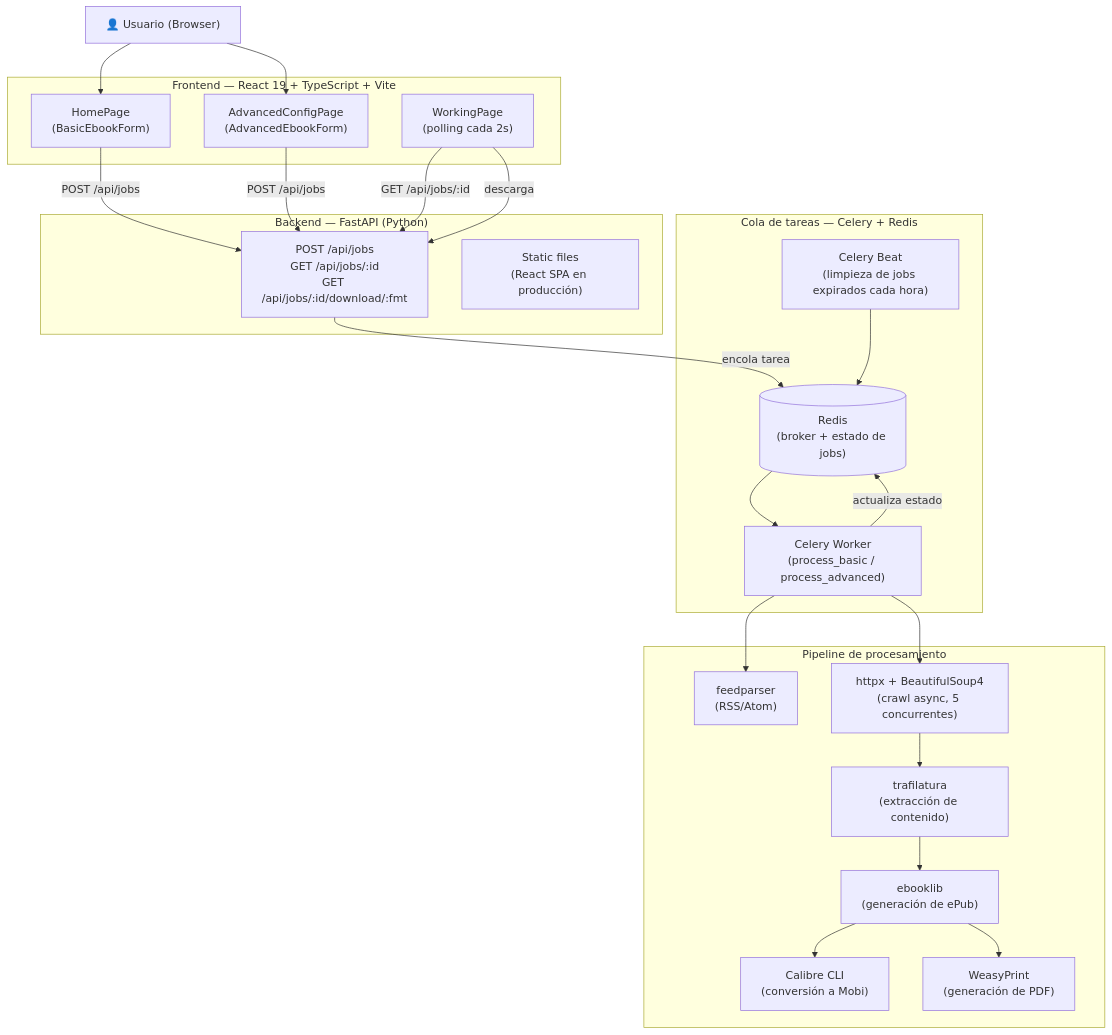
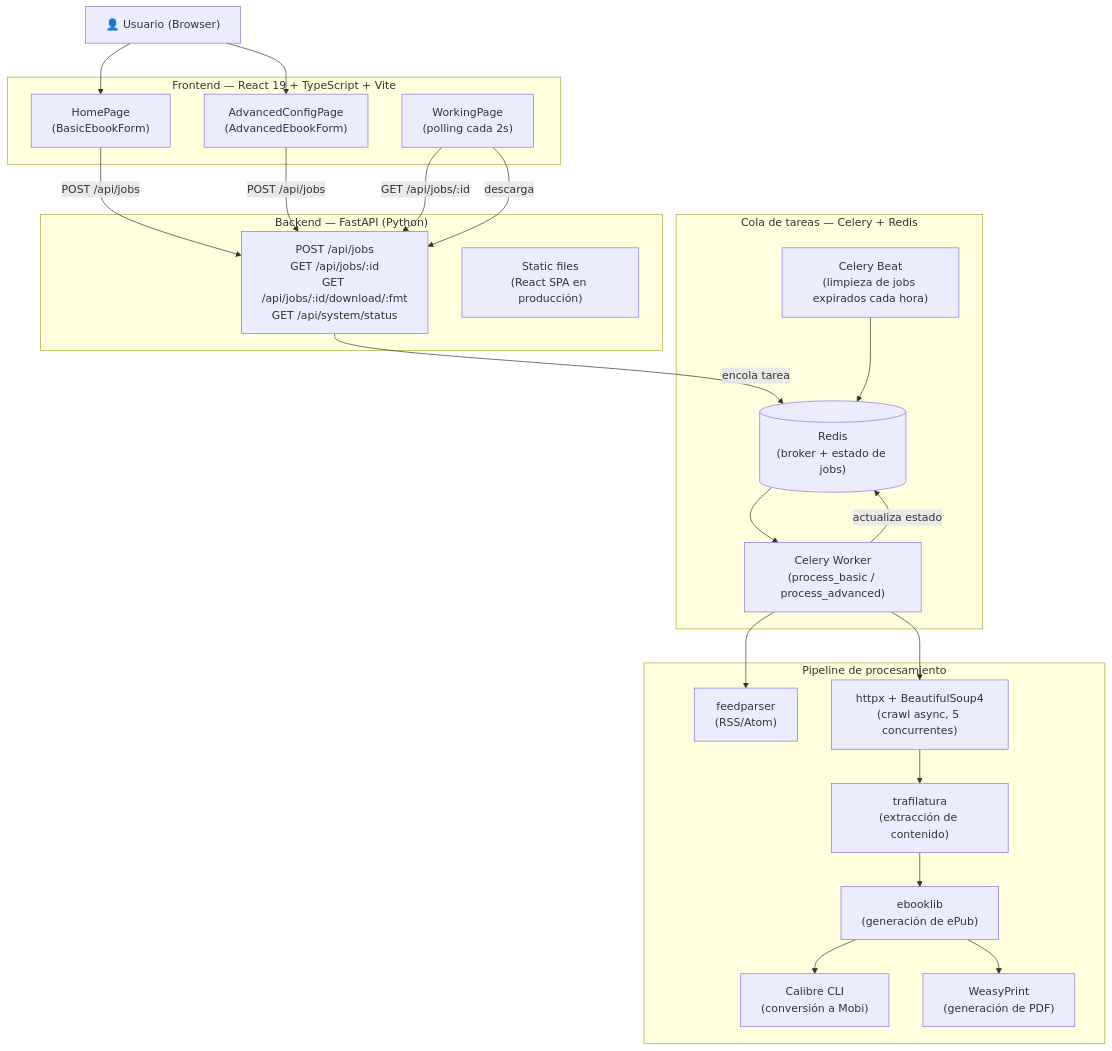
The diagram in README.es.md (patchamama/bloxp-revived), drawn with Mermaid before and after one commit. The commit also changed other lines of this file and 2 other files, not shown here.

````diff
--- a/README.es.md
+++ b/README.es.md
@@ -93,47 +96,47 @@
 ```mermaid
 graph TD
     User["👤 Usuario (Browser)"]
 
     subgraph Frontend["Frontend — React 19 + TypeScript + Vite"]
         Home["HomePage\n(BasicEbookForm)"]
         Advanced["AdvancedConfigPage\n(AdvancedEbookForm)"]
         Working["WorkingPage\n(polling cada 2s)"]
     end
 
     subgraph Backend["Backend — FastAPI (Python)"]
-        API["POST /api/jobs\nGET /api/jobs/:id\nGET /api/jobs/:id/download/:fmt"]
+        API["POST /api/jobs\nGET /api/jobs/:id\nGET /api/jobs/:id/download/:fmt\nGET /api/system/status"]
         Static["Static files\n(React SPA en producción)"]
     end
 
     subgraph Queue["Cola de tareas — Celery + Redis"]
         Worker["Celery Worker\n(process_basic / process_advanced)"]
         Beat["Celery Beat\n(limpieza de jobs expirados cada hora)"]
         Redis[("Redis\n(broker + estado de jobs)")]
     end
 
     subgraph Pipeline["Pipeline de procesamiento"]
         FeedParser["feedparser\n(RSS/Atom)"]
         Crawler["httpx + BeautifulSoup4\n(crawl async, 5 concurrentes)"]
         Extractor["trafilatura\n(extracción de contenido)"]
         EPub["ebooklib\n(generación de ePub)"]
         Mobi["Calibre CLI\n(conversión a Mobi)"]
         PDF["WeasyPrint\n(generación de PDF)"]
     end
 
     User --> Home
     User --> Advanced
     Home -->|"POST /api/jobs"| API
     Advanced -->|"POST /api/jobs"| API
     Working -->|"GET /api/jobs/:id"| API
     API -->|"encola tarea"| Redis
     Redis --> Worker
     Worker --> FeedParser
     Worker --> Crawler
     Crawler --> Extractor
     Extractor --> EPub
     EPub --> Mobi
     EPub --> PDF
     Worker -->|"actualiza estado"| Redis
     Working -->|"descarga"| API
     Beat --> Redis
 ```
````
